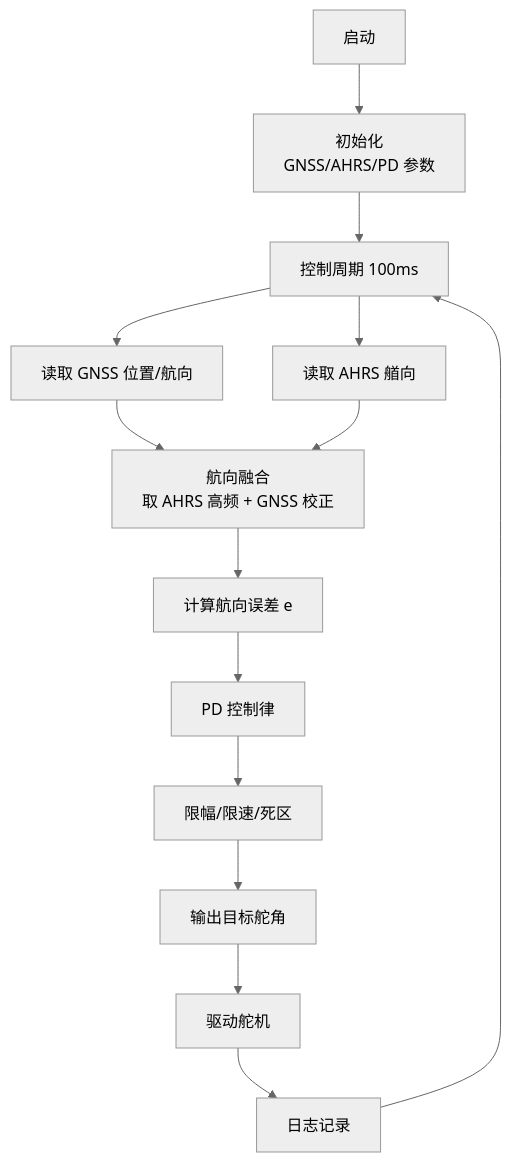
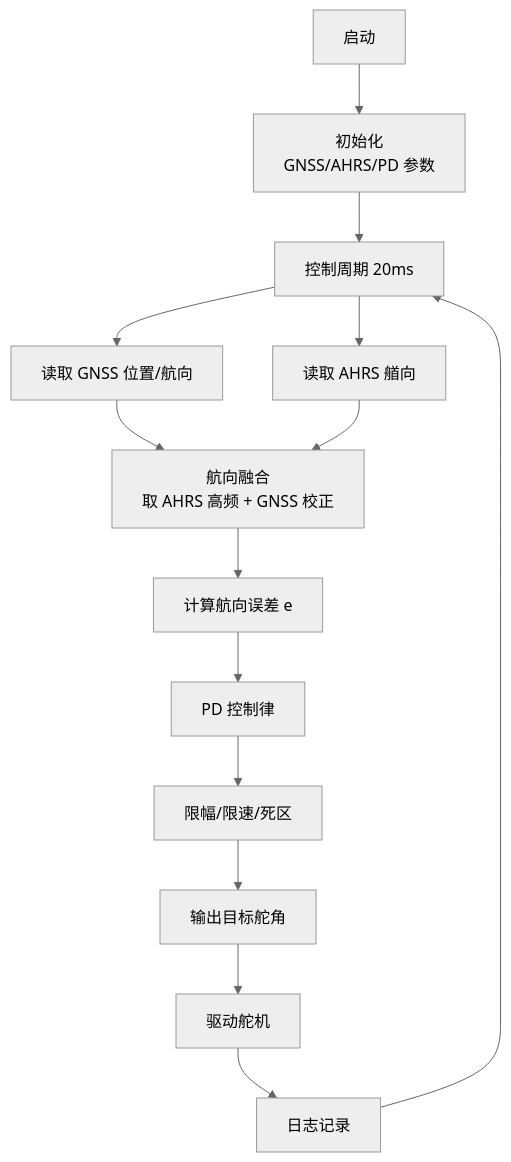
Before and after one commit to jimaka/auto_rudder: diagram 20 of 28 in 自动舵定位与控制设计文档.md, drawn with Mermaid (neutral theme). The commit also changed other lines of this file and 24 other files, not shown here.

````diff
--- a/自动舵定位与控制设计文档.md
+++ b/自动舵定位与控制设计文档.md
@@ -779,15 +781,15 @@
 ```mermaid
 graph TD
     S[启动] --> INIT[初始化<br/>GNSS/AHRS/PD 参数]
-    INIT --> LOOP[控制周期 100ms]
+    INIT --> LOOP[控制周期 20ms]
     LOOP --> G[读取 GNSS 位置/航向]
     LOOP --> H[读取 AHRS 艏向]
     G & H --> F[航向融合<br/>取 AHRS 高频 + GNSS 校正]
     F --> E[计算航向误差 e]
     E --> PD[PD 控制律]
     PD --> LIM[限幅/限速/死区]
     LIM --> OUT[输出目标舵角]
     OUT --> DRV[驱动舵机]
     DRV --> LOG[日志记录]
     LOG --> LOOP
 ```
````
